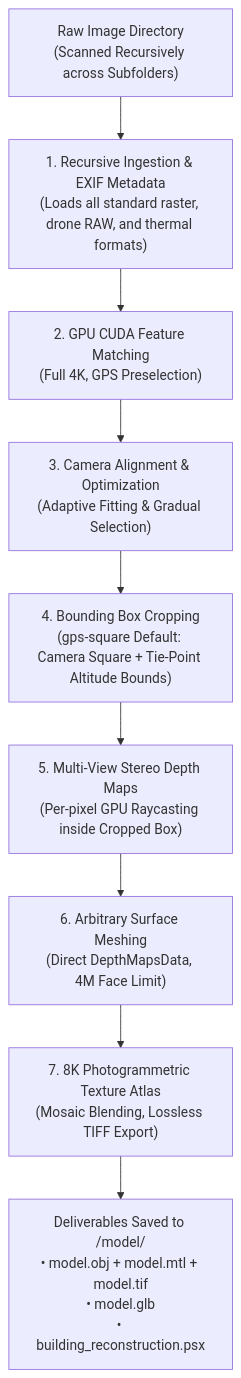
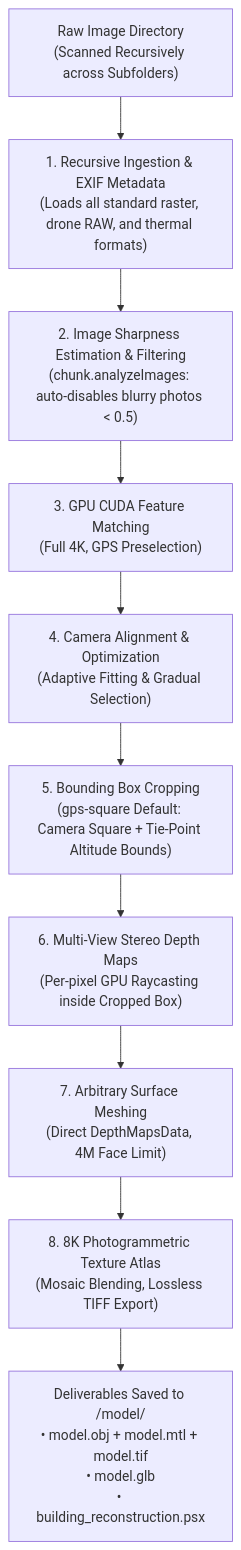
Before and after one commit to ngviettam82/AutoMetashape: the diagram in skills/user/image-to-3d-model/SKILL.md, drawn with Mermaid. The commit also changed other lines of this file and 1 other file, not shown here.

Commit message:
feat: Add image sharpness quality estimation and blurry photo rejection

````diff
--- a/skills/user/image-to-3d-model/SKILL.md
+++ b/skills/user/image-to-3d-model/SKILL.md
@@ -35,11 +35,12 @@
 ```mermaid
 flowchart TD
     A["Raw Image Directory<br/>(Scanned Recursively across Subfolders)"] --> B["1. Recursive Ingestion & EXIF Metadata<br/>(Loads all standard raster, drone RAW, and thermal formats)"]
-    B --> C["2. GPU CUDA Feature Matching<br/>(Full 4K, GPS Preselection)"]
-    C --> D["3. Camera Alignment & Optimization<br/>(Adaptive Fitting & Gradual Selection)"]
-    D --> E["4. Bounding Box Cropping<br/>(gps-square Default: Camera Square + Tie-Point Altitude Bounds)"]
-    E --> F["5. Multi-View Stereo Depth Maps<br/>(Per-pixel GPU Raycasting inside Cropped Box)"]
-    F --> G["6. Arbitrary Surface Meshing<br/>(Direct DepthMapsData, 4M Face Limit)"]
-    G --> H["7. 8K Photogrammetric Texture Atlas<br/>(Mosaic Blending, Lossless TIFF Export)"]
-    H --> I["Deliverables Saved to <images_dir>/model/<br/>• model.obj + model.mtl + model.tif<br/>• model.glb<br/>• building_reconstruction.psx"]
+    B --> C["2. Image Sharpness Estimation & Filtering<br/>(chunk.analyzeImages: auto-disables blurry photos < 0.5)"]
+    C --> D["3. GPU CUDA Feature Matching<br/>(Full 4K, GPS Preselection)"]
+    D --> E["4. Camera Alignment & Optimization<br/>(Adaptive Fitting & Gradual Selection)"]
+    E --> F["5. Bounding Box Cropping<br/>(gps-square Default: Camera Square + Tie-Point Altitude Bounds)"]
+    F --> G["6. Multi-View Stereo Depth Maps<br/>(Per-pixel GPU Raycasting inside Cropped Box)"]
+    G --> H["7. Arbitrary Surface Meshing<br/>(Direct DepthMapsData, 4M Face Limit)"]
+    H --> I["8. 8K Photogrammetric Texture Atlas<br/>(Mosaic Blending, Lossless TIFF Export)"]
+    I --> J["Deliverables Saved to <images_dir>/model/<br/>• model.obj + model.mtl + model.tif<br/>• model.glb<br/>• building_reconstruction.psx"]
 ```
````
